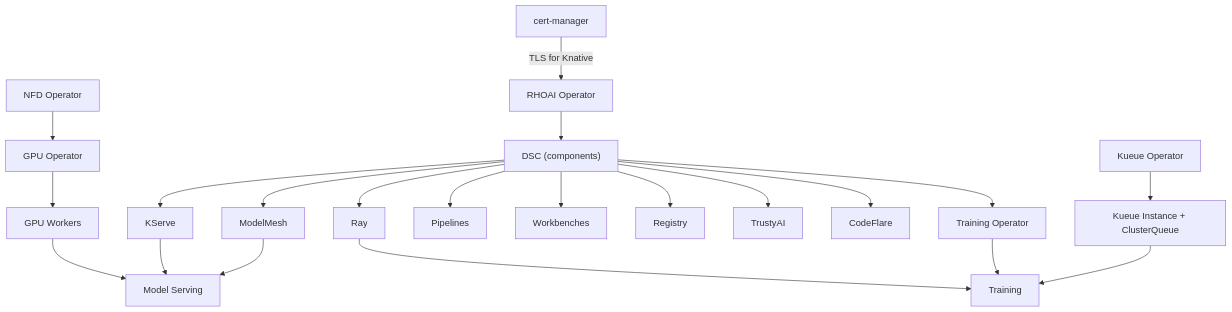
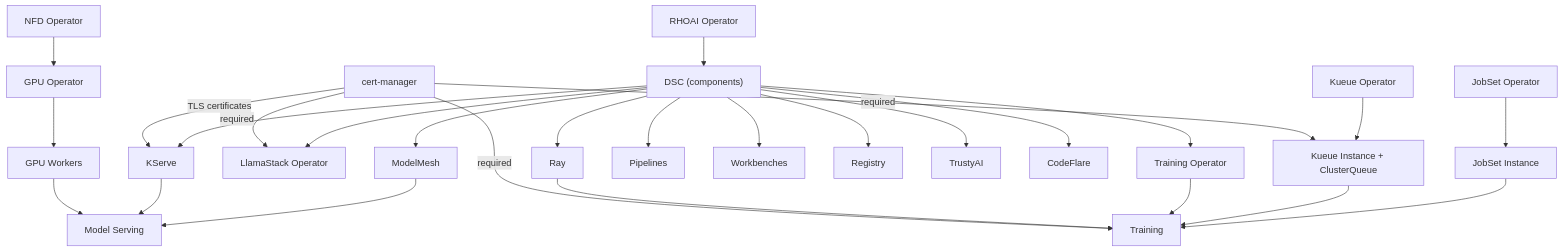
Before and after one commit to rrbanda/rhoai-deploy-gitops: the diagram in docs/capabilities/index.md, drawn with Mermaid. The commit also changed other lines of this file and 19 other files, not shown here.

````diff
--- a/docs/capabilities/index.md
+++ b/docs/capabilities/index.md
@@ -20,23 +20,29 @@
 ```mermaid
 graph TD
-  CertMgr["cert-manager"] -->|"TLS for Knative"| RHOAI["RHOAI Operator"]
+  CertMgr["cert-manager"] -->|"TLS certificates"| KServe["KServe"]
+  CertMgr -->|"required"| KueueInst["Kueue Instance + ClusterQueue"]
+  CertMgr -->|"required"| Training["Training"]
+  CertMgr -->|"required"| LlamaStackOp["LlamaStack Operator"]
   NFD["NFD Operator"] --> GPU["GPU Operator"]
-  KueueOp["Kueue Operator"] --> KueueInst["Kueue Instance + ClusterQueue"]
-  RHOAI --> DSC["DSC (components)"]
+  KueueOp["Kueue Operator"] --> KueueInst
+  JobSetOp["JobSet Operator"] --> JobSetInst["JobSet Instance"]
+  RHOAI["RHOAI Operator"] --> DSC["DSC (components)"]
   GPU --> GPUWorkers["GPU Workers"]
-  DSC --> KServe["KServe"]
+  DSC --> KServe
   DSC --> ModelMesh["ModelMesh"]
   DSC --> Pipelines["Pipelines"]
   DSC --> Workbenches["Workbenches"]
   DSC --> Registry["Registry"]
   DSC --> TrustyAI["TrustyAI"]
   DSC --> CodeFlare["CodeFlare"]
+  DSC --> LlamaStackOp
   GPUWorkers --> ModelServing["Model Serving"]
   KServe --> ModelServing
   ModelMesh --> ModelServing
   DSC --> Ray["Ray"]
   DSC --> TrainOp["Training Operator"]
-  Ray --> Training["Training"]
+  Ray --> Training
   TrainOp --> Training
   KueueInst --> Training
+  JobSetInst --> Training
 ```
````
